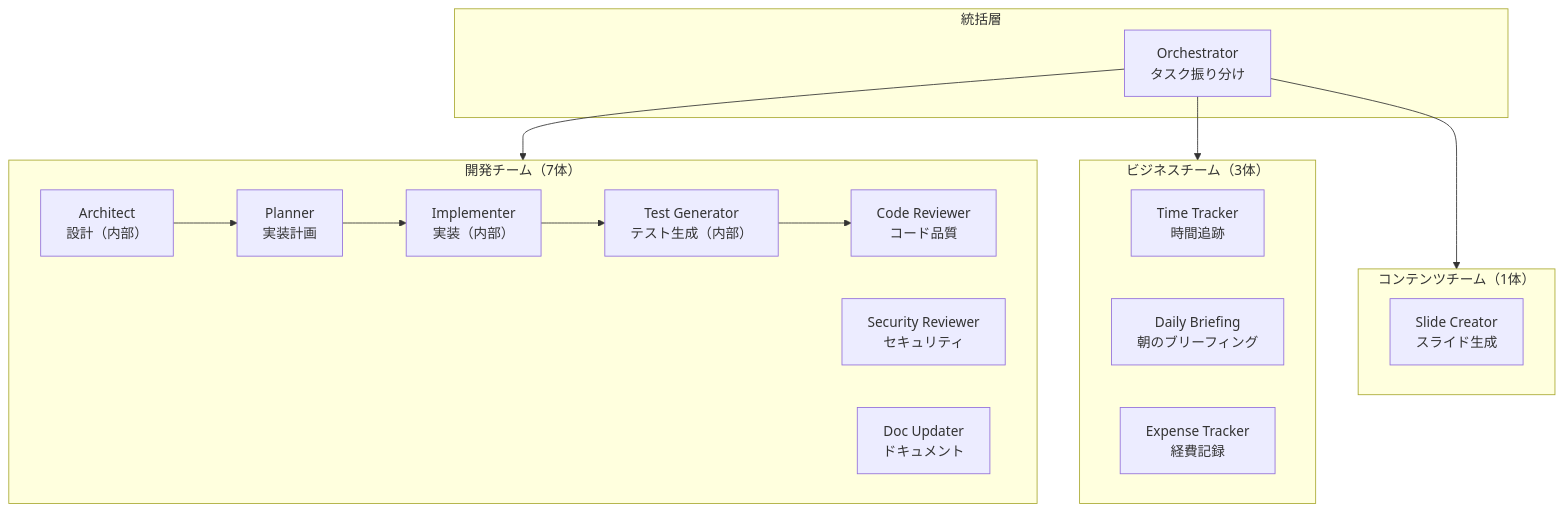
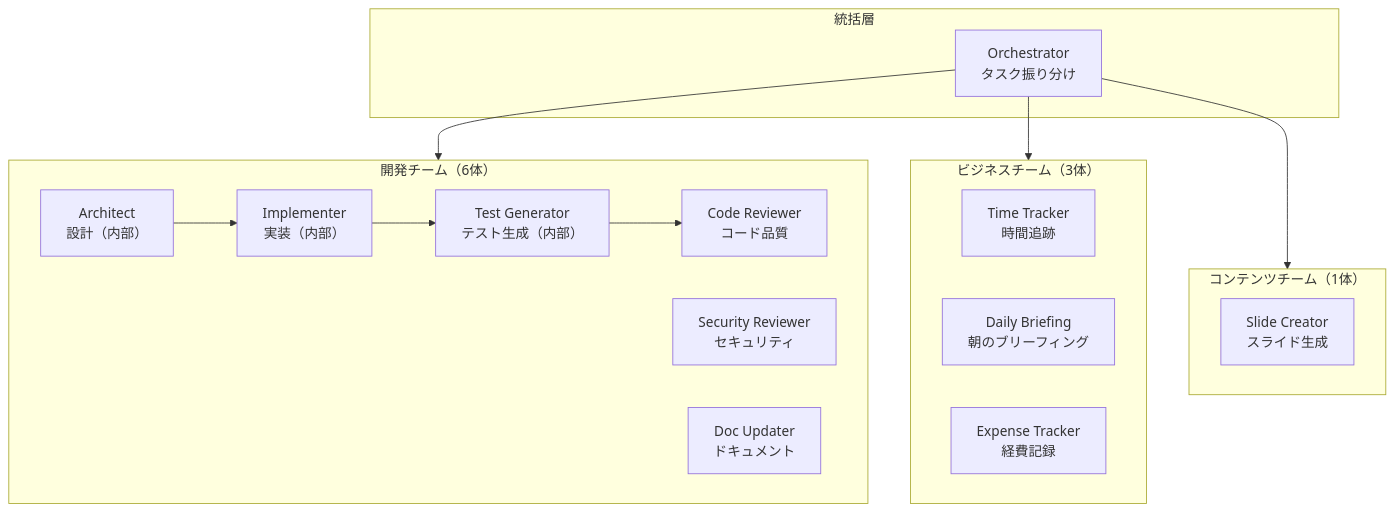
The diagram in docs/agent-organization.md (mugu1108/mugu-skills), drawn with Mermaid before and after one commit. The commit also changed other lines of this file and 8 other files, not shown here.

````diff
--- a/docs/agent-organization.md
+++ b/docs/agent-organization.md
@@ -13,35 +13,33 @@
 ```mermaid
 flowchart TB
     subgraph Orchestration["統括層"]
         orchestrator["Orchestrator<br/>タスク振り分け"]
     end
 
-    subgraph Development["開発チーム（7体）"]
+    subgraph Development["開発チーム（6体）"]
         architect["Architect<br/>設計（内部）"]
-        planner["Planner<br/>実装計画"]
         implementer["Implementer<br/>実装（内部）"]
         test-gen["Test Generator<br/>テスト生成（内部）"]
         code-reviewer["Code Reviewer<br/>コード品質"]
         security-reviewer["Security Reviewer<br/>セキュリティ"]
         doc-updater["Doc Updater<br/>ドキュメント"]
     end
 
     subgraph Business["ビジネスチーム（3体）"]
         time-tracker["Time Tracker<br/>時間追跡"]
         daily-briefing["Daily Briefing<br/>朝のブリーフィング"]
         expense-tracker["Expense Tracker<br/>経費記録"]
     end
 
     subgraph Content["コンテンツチーム（1体）"]
         slide-creator["Slide Creator<br/>スライド生成"]
     end
 
     orchestrator --> Development
     orchestrator --> Business
     orchestrator --> Content
 
-    architect --> planner
-    planner --> implementer
+    architect --> implementer
     implementer --> test-gen
     test-gen --> code-reviewer
 ```
````
